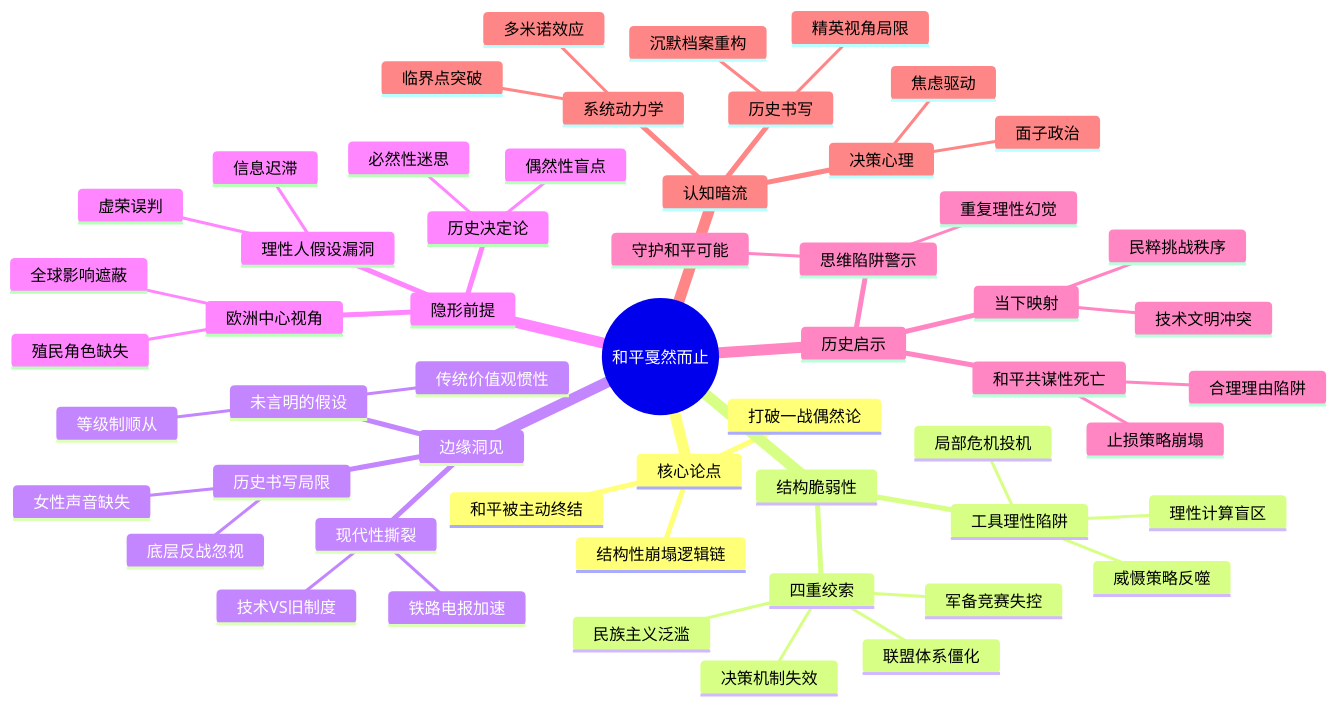
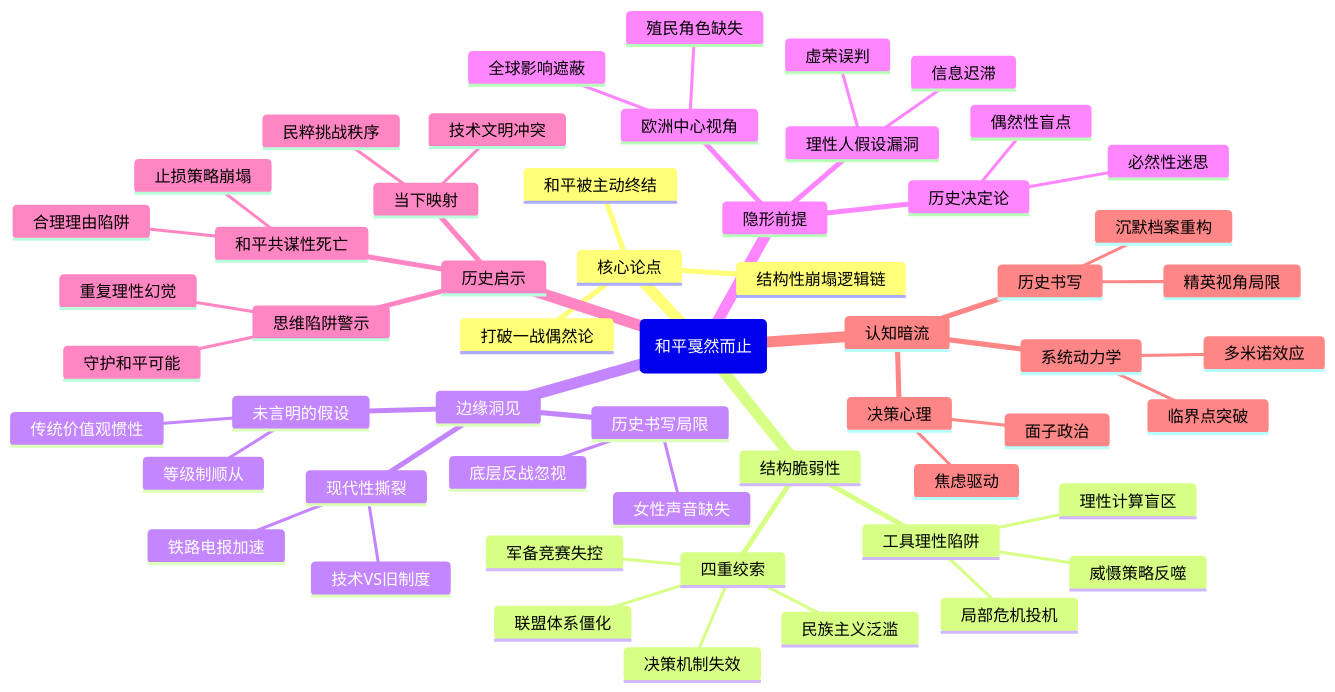
Before and after one commit to funloss/funKnowledge: the diagram in 读书/世界历史/和平戛然而止 ：通往1914年之路.md, drawn with Mermaid. The commit also changed 74 other files, not shown here.

````diff
--- a/读书/世界历史/和平戛然而止 ：通往1914年之路.md
+++ b/读书/世界历史/和平戛然而止 ：通往1914年之路.md
@@ -2,58 +2,58 @@
 ```mermaid
 mindmap
-  root(("和平戛然而止"))
+  root("和平戛然而止")
     核心论点
       和平被主动终结
       打破一战偶然论
       结构性崩塌逻辑链
     结构脆弱性
       四重绞索
         联盟体系僵化
         军备竞赛失控
         民族主义泛滥
         决策机制失效
       工具理性陷阱
         局部危机投机
         威慑策略反噬
         理性计算盲区
     边缘洞见
       未言明的假设
         等级制顺从
         传统价值观惯性
       现代性撕裂
         技术VS旧制度
         铁路电报加速
       历史书写局限
         女性声音缺失
         底层反战忽视
     隐形前提
       理性人假设漏洞
         虚荣误判
         信息迟滞
       欧洲中心视角
         殖民角色缺失
         全球影响遮蔽
       历史决定论
         必然性迷思
         偶然性盲点
     历史启示
       和平共谋性死亡
         合理理由陷阱
         止损策略崩塌
       当下映射
         技术文明冲突
         民粹挑战秩序
       思维陷阱警示
         重复理性幻觉
         守护和平可能
     认知暗流
       决策心理
         焦虑驱动
         面子政治
       系统动力学
         多米诺效应
         临界点突破
       历史书写
         精英视角局限
         沉默档案重构
 ``` 
````
